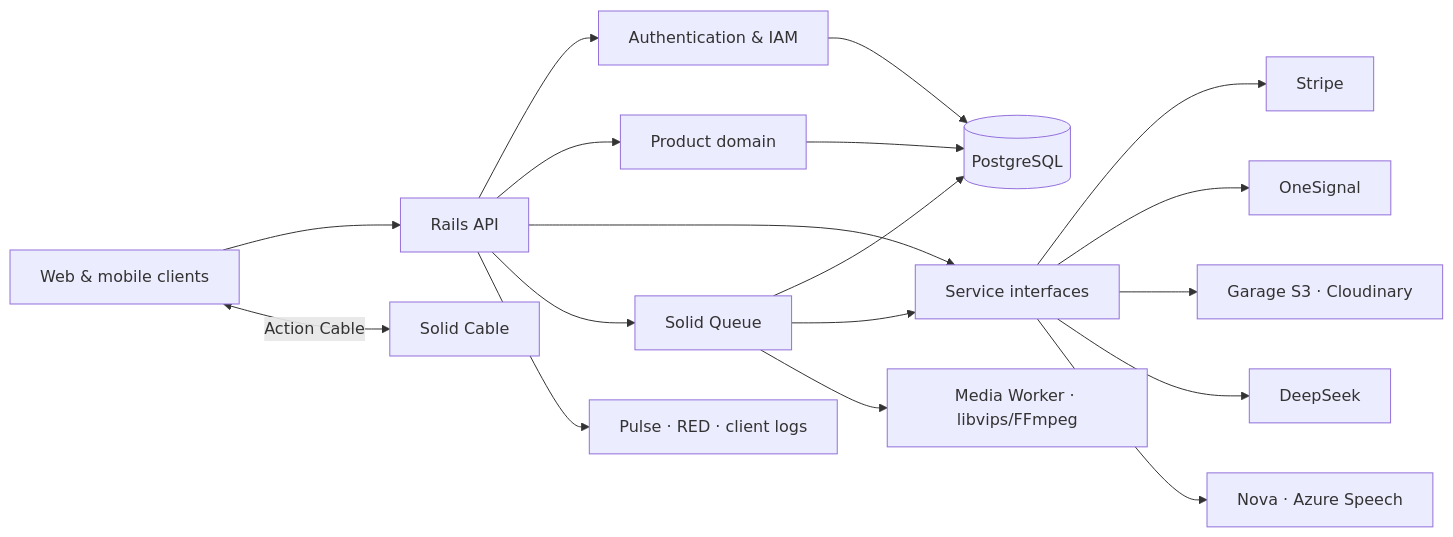
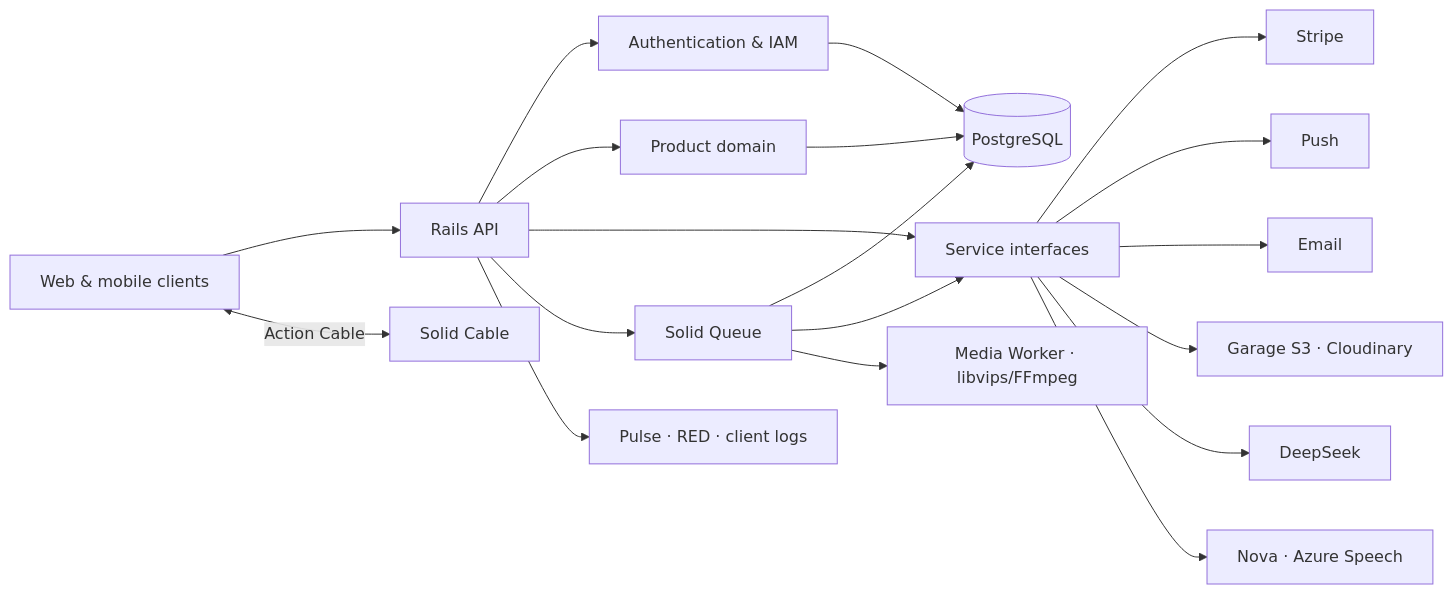
Before and after one commit to rex-9/rexone-core: the diagram in README.md, drawn with Mermaid. The commit also changed other lines of this file and 25 other files, not shown here.

Commit message:
brevo email

````diff
--- a/README.md
+++ b/README.md
@@ -130,24 +130,25 @@
 ```mermaid
 flowchart LR
     Clients[Web & mobile clients] --> API[Rails API]
     Clients <-->|Action Cable| Realtime[Solid Cable]
 
     API --> Auth[Authentication & IAM]
     API --> Domain[Product domain]
     API --> Services[Service interfaces]
     API --> Jobs[Solid Queue]
 
     Domain --> PostgreSQL[(PostgreSQL)]
     Auth --> PostgreSQL
     Jobs --> PostgreSQL
 
     Services --> Stripe[Stripe]
-    Services --> OneSignal[OneSignal]
+    Services --> OneSignal[Push]
+    Services --> Brevo[Email]
     Services --> Storage[Garage S3 · Cloudinary]
     Services --> DeepSeek[DeepSeek]
     Services --> Speech[Nova · Azure Speech]
 
     Jobs --> Services
     Jobs --> MediaWorker[Media Worker · libvips/FFmpeg]
     API --> Observability[Pulse · RED · client logs]
 ```
````
